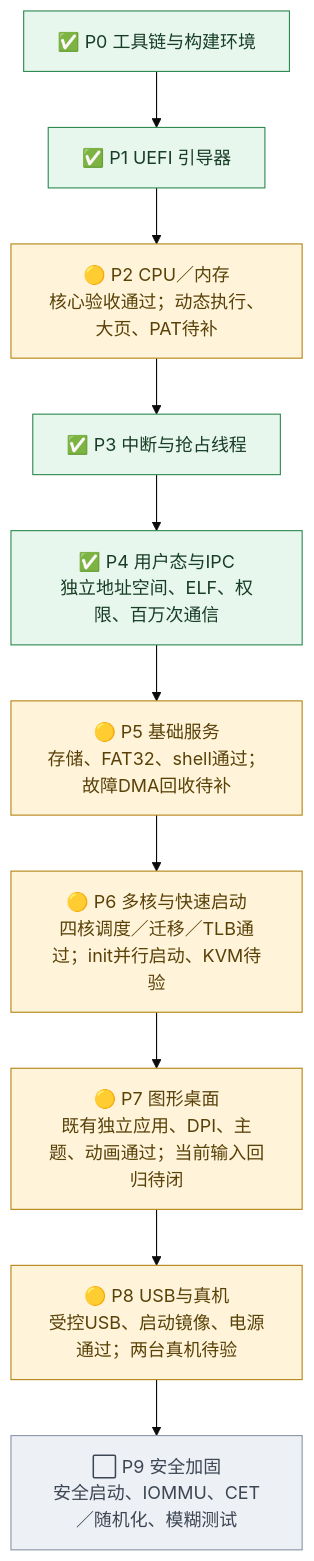
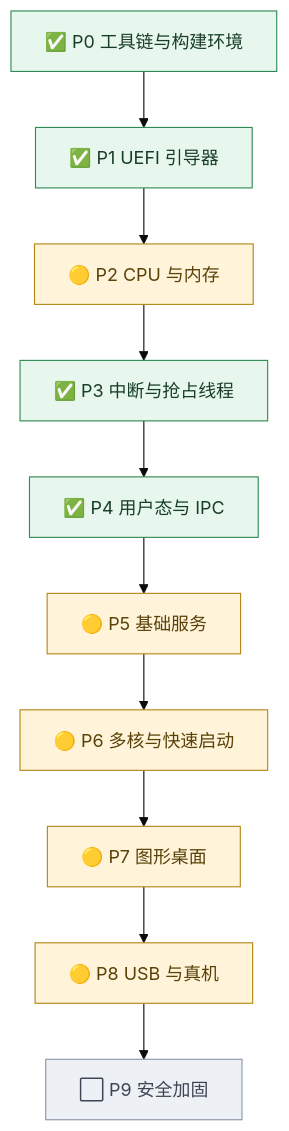
The first of 3 diagrams in coordination/dongos_works/progress-map.md (EDarcyWong/dongos), drawn with Mermaid (base theme) before and after one commit. The commit also changed other lines of this file and 86 other files, not shown here.

````diff
--- a/coordination/dongos_works/progress-map.md
+++ b/coordination/dongos_works/progress-map.md
@@ -11,18 +13,28 @@
 ```mermaid
 flowchart TD
-    P0["✅ P0 工具链与构建环境"] --> P1["✅ P1 UEFI 引导器"]
-    P1 --> P2["🟡 P2 CPU／内存<br/>核心验收通过；动态执行、大页、PAT待补"]
-    P2 --> P3["✅ P3 中断与抢占线程"]
-    P3 --> P4["✅ P4 用户态与IPC<br/>独立地址空间、ELF、权限、百万次通信"]
-    P4 --> P5["🟡 P5 基础服务<br/>存储、FAT32、shell通过；故障DMA回收待补"]
-    P5 --> P6["🟡 P6 多核与快速启动<br/>四核调度／迁移／TLB通过；init并行启动、KVM待验"]
-    P6 --> P7["🟡 P7 图形桌面<br/>既有独立应用、DPI、主题、动画通过；当前输入回归待闭"]
-    P7 --> P8["🟡 P8 USB与真机<br/>受控USB、启动镜像、电源通过；两台真机待验"]
-    P8 --> P9["⬜ P9 安全加固<br/>安全启动、IOMMU、CET／随机化、模糊测试"]
+    P0["✅ P0 工具链与构建环境"]
+    P1["✅ P1 UEFI 引导器"]
+    P0 --> P1
+    P2["🟡 P2 CPU 与内存"]
+    P1 --> P2
+    P3["✅ P3 中断与抢占线程"]
+    P2 --> P3
+    P4["✅ P4 用户态与 IPC"]
+    P3 --> P4
+    P5["🟡 P5 基础服务"]
+    P4 --> P5
+    P6["🟡 P6 多核与快速启动"]
+    P5 --> P6
+    P7["🟡 P7 图形桌面"]
+    P6 --> P7
+    P8["🟡 P8 USB 与真机"]
+    P7 --> P8
+    P9["⬜ P9 安全加固"]
+    P8 --> P9
     classDef complete fill:#e7f7ed,stroke:#2f8a53,color:#183d26;
     classDef partial fill:#fff4d9,stroke:#b58516,color:#594108;
     classDef pending fill:#edf0f5,stroke:#8b96a8,color:#3d4654;
     class P0,P1,P3,P4 complete;
     class P2,P5,P6,P7,P8 partial;
     class P9 pending;
 ```
````
